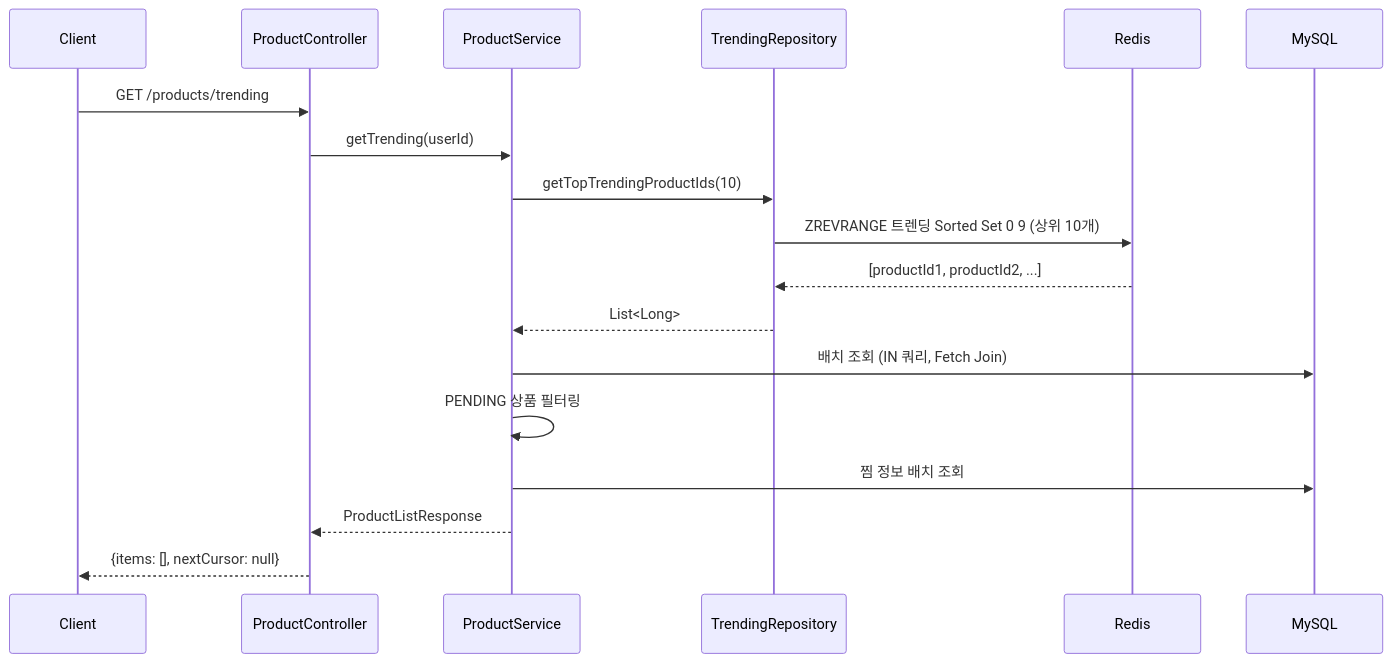
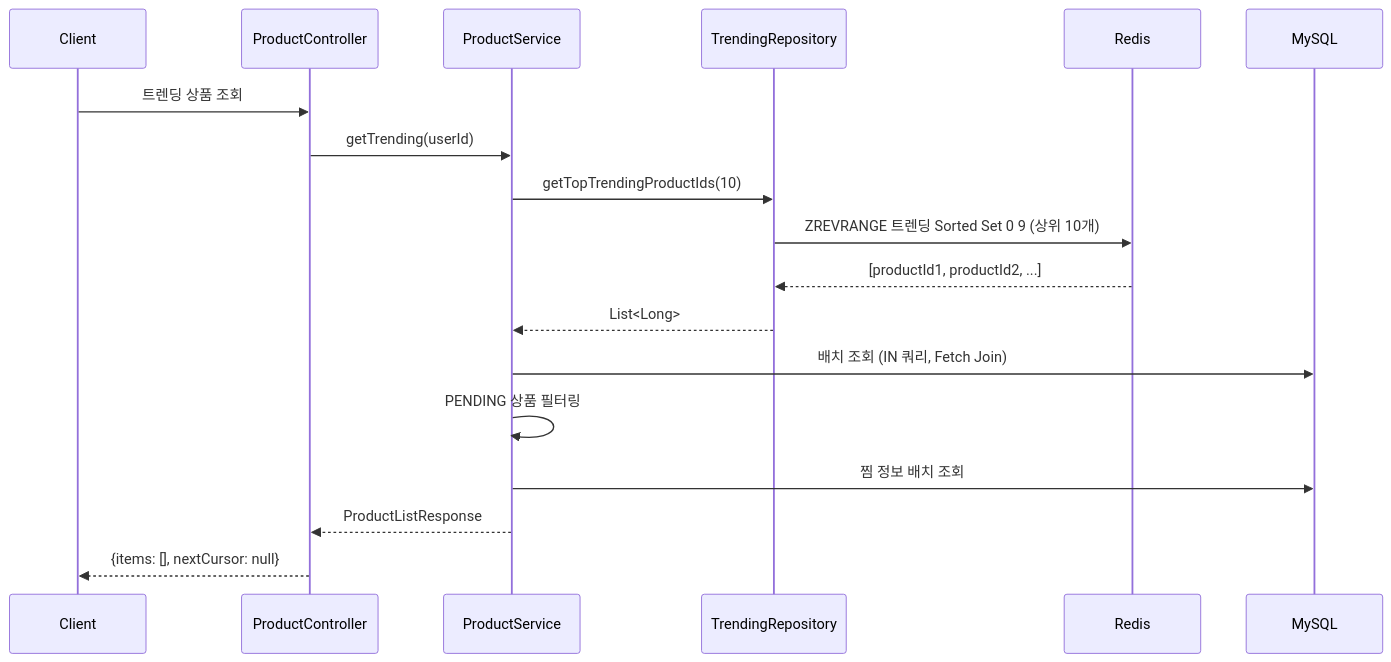
Before and after one commit to cherry-market/cherry-architecture: the fourth of 8 diagrams in architecture/product-domain.md, drawn with Mermaid. The commit also changed other lines of this file and 6 other files, not shown here.

````diff
--- a/architecture/product-domain.md
+++ b/architecture/product-domain.md
@@ -213,21 +213,21 @@
 ```mermaid
 sequenceDiagram
     participant C as Client
     participant API as ProductController
     participant SVC as ProductService
     participant Trending as TrendingRepository
     participant Redis as Redis
     participant DB as MySQL
 
-    C->>API: GET /products/trending
+    C->>API: 트렌딩 상품 조회
     API->>SVC: getTrending(userId)
     SVC->>Trending: getTopTrendingProductIds(10)
     Trending->>Redis: ZREVRANGE 트렌딩 Sorted Set 0 9 (상위 10개)
     Redis-->>Trending: [productId1, productId2, ...]
     Trending-->>SVC: List<Long>
     SVC->>DB: 배치 조회 (IN 쿼리, Fetch Join)
     SVC->>SVC: PENDING 상품 필터링
     SVC->>DB: 찜 정보 배치 조회
     SVC-->>API: ProductListResponse
     API-->>C: {items: [], nextCursor: null}
 ```
````
